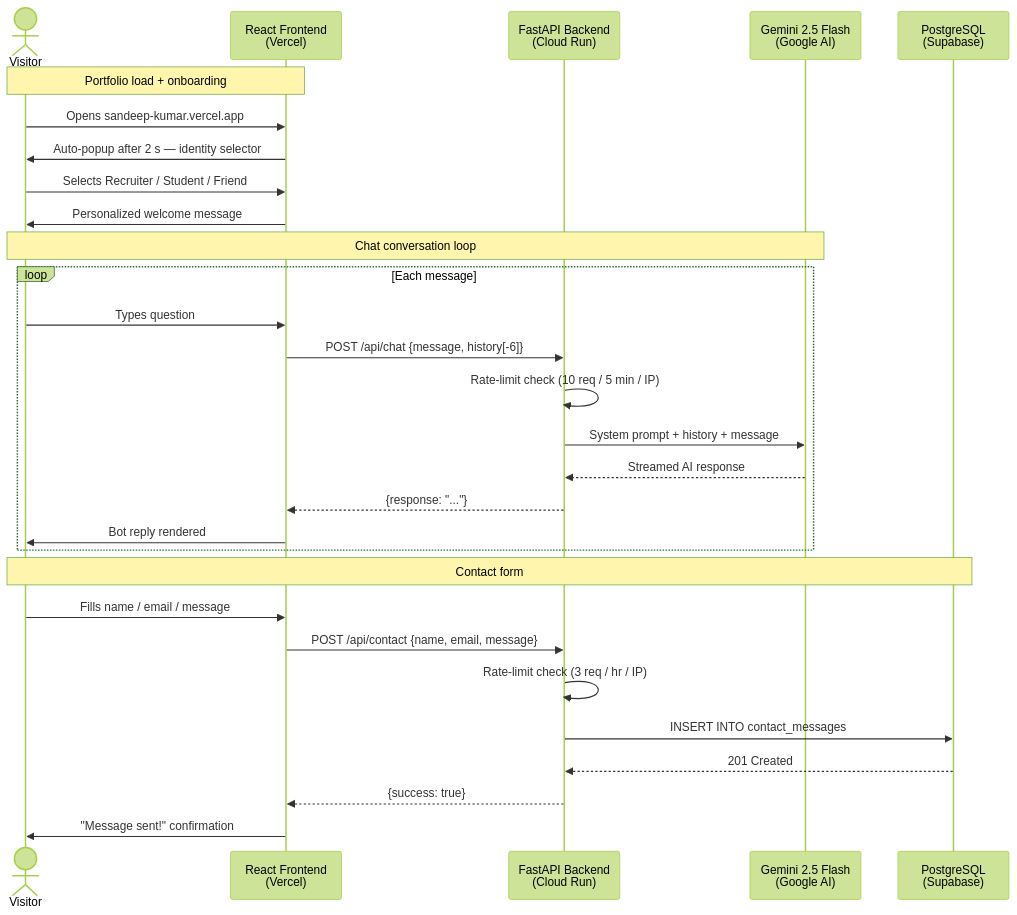
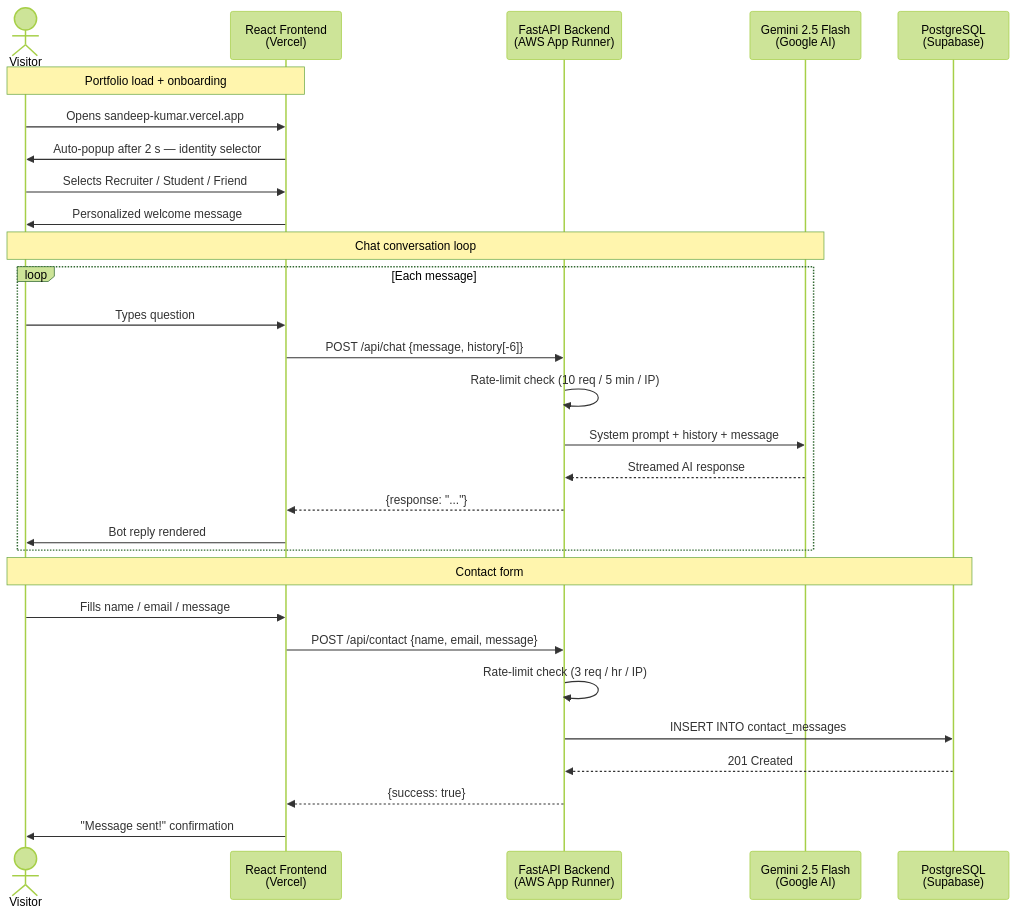
The second of 3 diagrams in README.md (Qisanxi/Portfolio), drawn with Mermaid (forest theme) before and after one commit. The commit also changed other lines of this file and 11 other files, not shown here.

First line of the commit message:
fix: Hero.jsx syntax, swap indigo→amber accent, migrate Cloud Run→AWS App Runner

````diff
--- a/README.md
+++ b/README.md
@@ -90,34 +90,34 @@
 ```mermaid
 sequenceDiagram
     actor V as Visitor
     participant FE as React Frontend<br/>(Vercel)
-    participant API as FastAPI Backend<br/>(Cloud Run)
+    participant API as FastAPI Backend<br/>(AWS App Runner)
     participant AI as Gemini 2.5 Flash<br/>(Google AI)
     participant DB as PostgreSQL<br/>(Supabase)
 
     Note over V,FE: Portfolio load + onboarding
     V->>FE: Opens sandeep-kumar.vercel.app
     FE->>V: Auto-popup after 2 s — identity selector
     V->>FE: Selects Recruiter / Student / Friend
     FE->>V: Personalized welcome message
 
     Note over V,AI: Chat conversation loop
     loop Each message
         V->>FE: Types question
         FE->>API: POST /api/chat {message, history[-6]}
         API->>API: Rate-limit check (10 req / 5 min / IP)
         API->>AI: System prompt + history + message
         AI-->>API: Streamed AI response
         API-->>FE: {response: "..."}
         FE->>V: Bot reply rendered
     end
 
     Note over V,DB: Contact form
     V->>FE: Fills name / email / message
     FE->>API: POST /api/contact {name, email, message}
     API->>API: Rate-limit check (3 req / hr / IP)
     API->>DB: INSERT INTO contact_messages
     DB-->>API: 201 Created
     API-->>FE: {success: true}
     FE->>V: "Message sent!" confirmation
 ```
````
